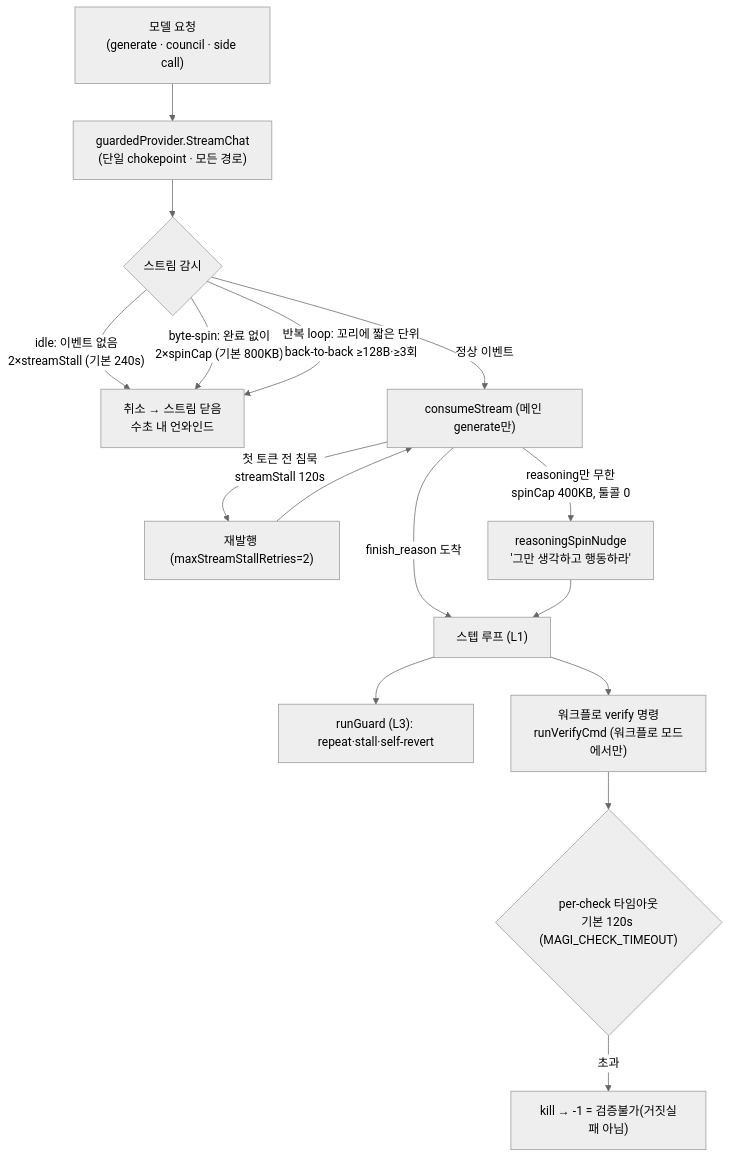
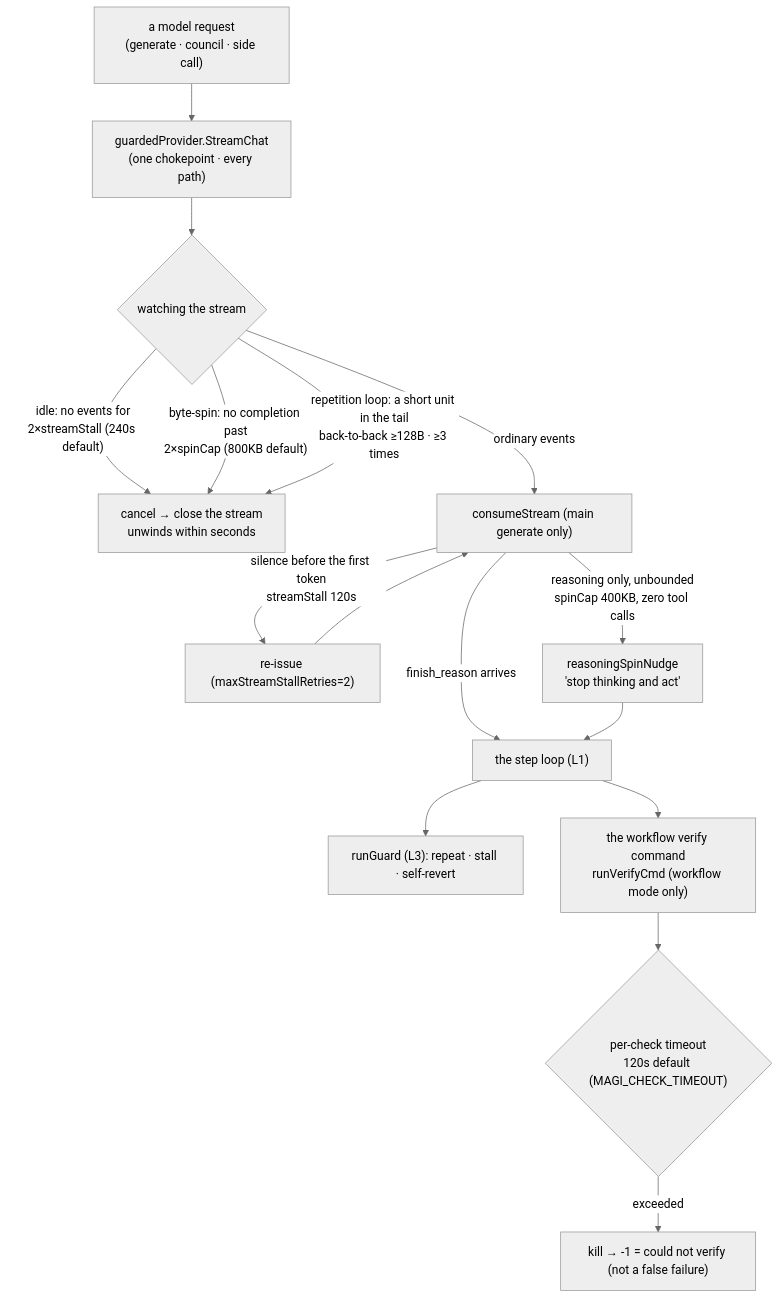
One commit to sayaya1090/magi changed the fourth of 10 diagrams in docs/DIAGRAMS.md. Above: the diagram before and after it, drawn with Mermaid. The commit also changed other lines of this file and 5 other files, not shown here.

First line of the commit message:
docs: split DIAGRAMS into English and Korean

````diff
--- a/docs/DIAGRAMS.md
+++ b/docs/DIAGRAMS.md
@@ -163,19 +171,19 @@
 ```mermaid
 %%{init: {'theme':'neutral','flowchart':{'curve':'basis'}}}%%
 flowchart TD
-  REQ["모델 요청<br/>(generate · council · side call)"] --> GP["guardedProvider.StreamChat<br/>(단일 chokepoint · 모든 경로)"]
-  GP --> W{"스트림 감시"}
-  W -- "idle: 이벤트 없음<br/>2×streamStall (기본 240s)" --> AB["취소 → 스트림 닫음<br/>수초 내 언와인드"]
-  W -- "byte-spin: 완료 없이<br/>2×spinCap (기본 800KB)" --> AB
-  W -- "반복 loop: 꼬리에 짧은 단위<br/>back-to-back ≥128B·≥3회" --> AB
-  W -- "정상 이벤트" --> CS["consumeStream (메인 generate만)"]
-  CS -- "첫 토큰 전 침묵<br/>streamStall 120s" --> RT["재발행 (maxStreamStallRetries=2)"]
-  CS -- "reasoning만 무한<br/>spinCap 400KB, 툴콜 0" --> SN["reasoningSpinNudge<br/>'그만 생각하고 행동하라'"]
-  CS -- "finish_reason 도착" --> STEP["스텝 루프 (L1)"]
+  REQ["a model request<br/>(generate · council · side call)"] --> GP["guardedProvider.StreamChat<br/>(one chokepoint · every path)"]
+  GP --> W{"watching the stream"}
+  W -- "idle: no events for<br/>2×streamStall (240s default)" --> AB["cancel → close the stream<br/>unwinds within seconds"]
+  W -- "byte-spin: no completion past<br/>2×spinCap (800KB default)" --> AB
+  W -- "repetition loop: a short unit in the tail<br/>back-to-back ≥128B · ≥3 times" --> AB
+  W -- "ordinary events" --> CS["consumeStream (main generate only)"]
+  CS -- "silence before the first token<br/>streamStall 120s" --> RT["re-issue (maxStreamStallRetries=2)"]
+  CS -- "reasoning only, unbounded<br/>spinCap 400KB, zero tool calls" --> SN["reasoningSpinNudge<br/>'stop thinking and act'"]
+  CS -- "finish_reason arrives" --> STEP["the step loop (L1)"]
   RT --> CS
   SN --> STEP
-  STEP --> TG["runGuard (L3): repeat·stall·self-revert"]
-  STEP --> CK["워크플로 verify 명령<br/>runVerifyCmd (워크플로 모드에서만)"]
-  CK --> CTO{"per-check 타임아웃<br/>기본 120s (MAGI_CHECK_TIMEOUT)"}
-  CTO -- "초과" --> KILL["kill → -1 = 검증불가(거짓실패 아님)"]
+  STEP --> TG["runGuard (L3): repeat · stall · self-revert"]
+  STEP --> CK["the workflow verify command<br/>runVerifyCmd (workflow mode only)"]
+  CK --> CTO{"per-check timeout<br/>120s default (MAGI_CHECK_TIMEOUT)"}
+  CTO -- "exceeded" --> KILL["kill → -1 = could not verify (not a false failure)"]
 ```
````
